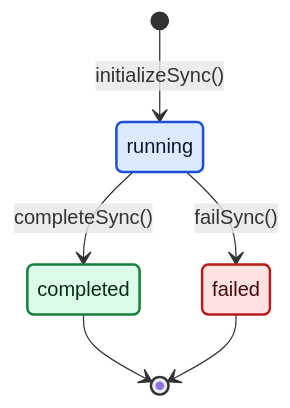
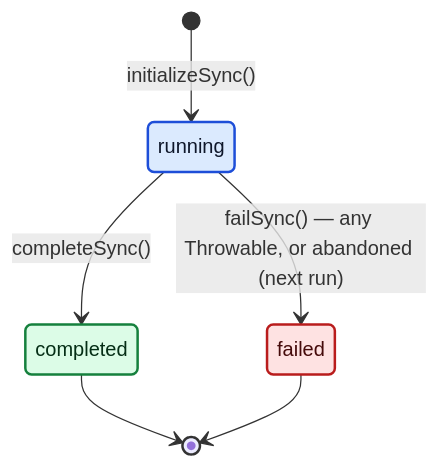
Before and after one commit to ultra-bugs/syncro-sheet: the fourth of 4 diagrams in docs/COMPONENTS_OVERVIEW.md, drawn with Mermaid. The commit also changed other lines of this file and 5 other files, not shown here.

````diff
--- a/docs/COMPONENTS_OVERVIEW.md
+++ b/docs/COMPONENTS_OVERVIEW.md
@@ -471,15 +476,15 @@
 ```mermaid
 stateDiagram-v2
     [*] --> running: initializeSync()
     running --> completed: completeSync()
-    running --> failed: failSync()
+    running --> failed: failSync() — any Throwable, or abandoned (next run)
     completed --> [*]
     failed --> [*]
 
     classDef active fill:#dbeafe,stroke:#1d4ed8,stroke-width:2px,color:#0f172a
     classDef done fill:#dcfce7,stroke:#15803d,stroke-width:2px,color:#052e16
     classDef bad fill:#fee2e2,stroke:#b91c1c,stroke-width:2px,color:#450a0a
     class running active
     class completed done
     class failed bad
 ```
````
